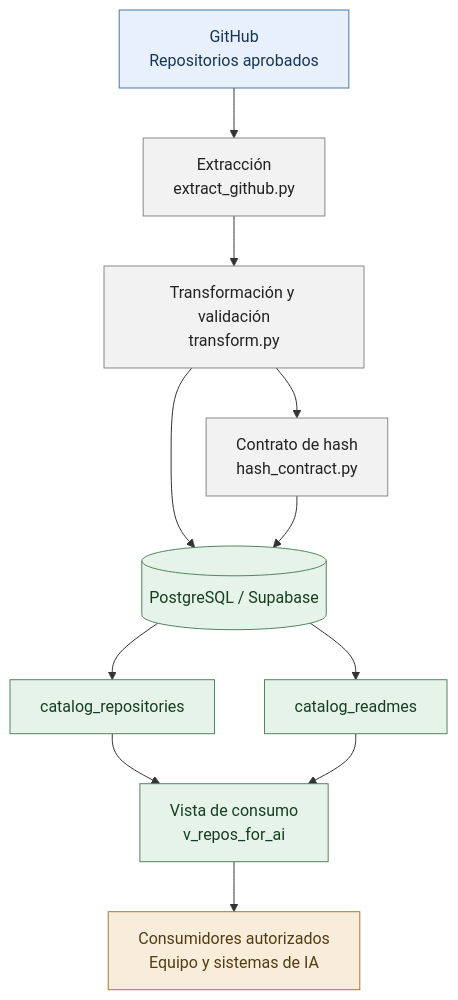
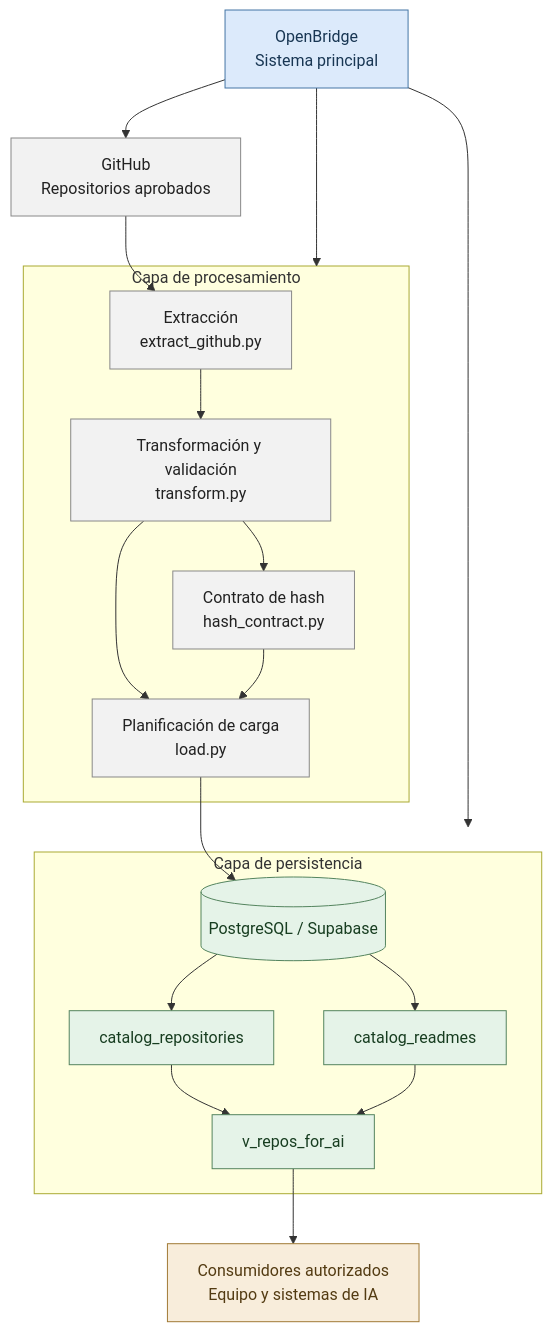
The first of 3 diagrams in OpenBridge_Data.md (No-Country-simulation/S10_26_EQUIPO_29), drawn with Mermaid before and after one commit. The commit also changed other lines of this file, not shown here.

````diff
--- a/OpenBridge_Data.md
+++ b/OpenBridge_Data.md
@@ -13,33 +47,49 @@
 ```mermaid
 flowchart TD
-    A["GitHub<br/>Repositorios aprobados"]
-    B["Extracción<br/>extract_github.py"]
-    C["Transformación y validación<br/>transform.py"]
-    D["Contrato de hash<br/>hash_contract.py"]
-    E[("PostgreSQL / Supabase")]
-    F["catalog_repositories"]
-    G["catalog_readmes"]
-    H["Vista de consumo<br/>v_repos_for_ai"]
-    I["Consumidores autorizados<br/>Equipo y sistemas de IA"]
+    OB["OpenBridge<br/>Sistema principal"]
 
-    A --> B
-    B --> C
-    C --> D
-    C --> E
-    D --> E
-    E --> F
-    E --> G
-    F --> H
-    G --> H
-    H --> I
+    GH["GitHub<br/>Repositorios aprobados"]
 
-    classDef source fill:#e8f1fb,stroke:#4977a8,color:#173653
-    classDef processing fill:#f2f2f2,stroke:#888888,color:#222222
+    subgraph PROC["Capa de procesamiento"]
+        EX["Extracción<br/>extract_github.py"]
+        TR["Transformación y validación<br/>transform.py"]
+        HC["Contrato de hash<br/>hash_contract.py"]
+        LP["Planificación de carga<br/>load.py"]
+    end
+
+    subgraph DB["Capa de persistencia"]
+        PG[("PostgreSQL / Supabase")]
+        CR["catalog_repositories"]
+        CM["catalog_readmes"]
+        VW["v_repos_for_ai"]
+    end
+
+    CON["Consumidores autorizados<br/>Equipo y sistemas de IA"]
+
+    OB --> GH
+    OB --> PROC
+    OB --> DB
+
+    GH --> EX
+    EX --> TR
+    TR --> HC
+    TR --> LP
+    HC --> LP
+    LP --> PG
+
+    PG --> CR
+    PG --> CM
+    CR --> VW
+    CM --> VW
+    VW --> CON
+
+    classDef main fill:#dceafb,stroke:#4475a5,color:#183653
+    classDef process fill:#f2f2f2,stroke:#888888,color:#222222
     classDef storage fill:#e5f3e8,stroke:#54845e,color:#173d20
     classDef consumer fill:#f8eddb,stroke:#a17a36,color:#533b12
 
-    class A source
-    class B,C,D processing
-    class E,F,G,H storage
-    class I consumer
+    class OB main
+    class GH,EX,TR,HC,LP process
+    class PG,CR,CM,VW storage
+    class CON consumer
 ```
````
